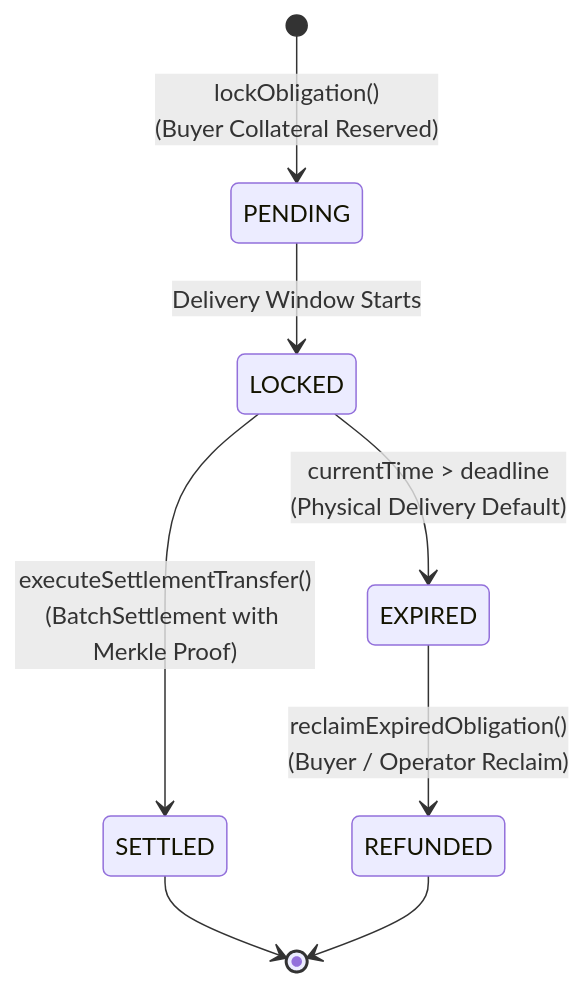
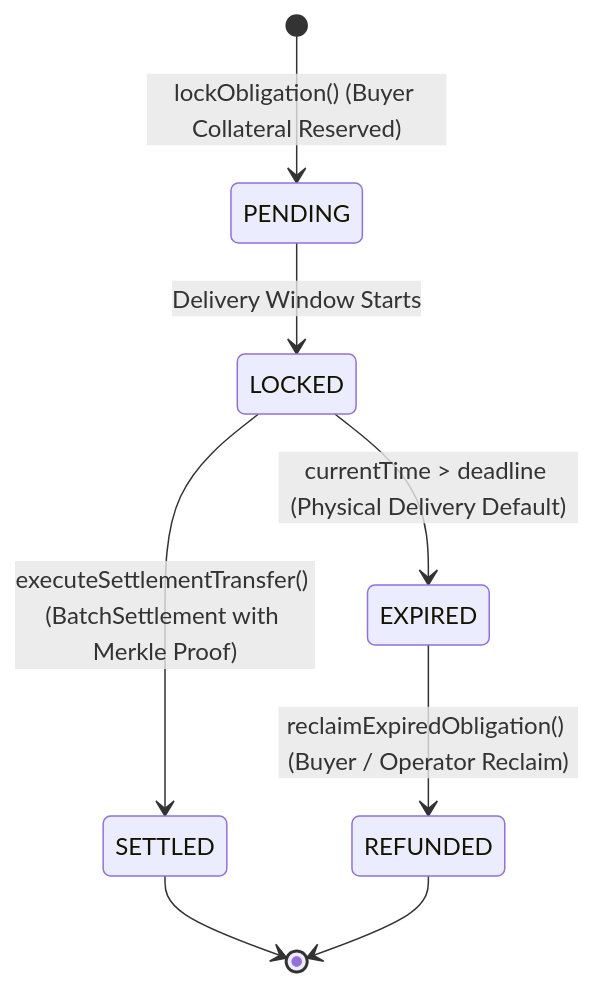
Before and after one commit to achyutranaut/voltmesh: the ninth of 11 diagrams in README.md, drawn with Mermaid. The commit also changed other lines of this file, not shown here.

````diff
--- a/README.md
+++ b/README.md
@@ -523,13 +555,13 @@
 ```mermaid
 stateDiagram-v2
-    [*] --> PENDING: lockObligation()<br/>(Buyer Collateral Reserved)
+    [*] --> PENDING: lockObligation() (Buyer Collateral Reserved)
     PENDING --> LOCKED: Delivery Window Starts
     
-    LOCKED --> SETTLED: executeSettlementTransfer()<br/>(BatchSettlement with Merkle Proof)
-    LOCKED --> EXPIRED: currentTime > deadline<br/>(Physical Delivery Default)
+    LOCKED --> SETTLED: executeSettlementTransfer() (BatchSettlement with Merkle Proof)
+    LOCKED --> EXPIRED: currentTime > deadline (Physical Delivery Default)
     
-    EXPIRED --> REFUNDED: reclaimExpiredObligation()<br/>(Buyer / Operator Reclaim)
+    EXPIRED --> REFUNDED: reclaimExpiredObligation() (Buyer / Operator Reclaim)
     
     SETTLED --> [*]
     REFUNDED --> [*]
 ```
````
